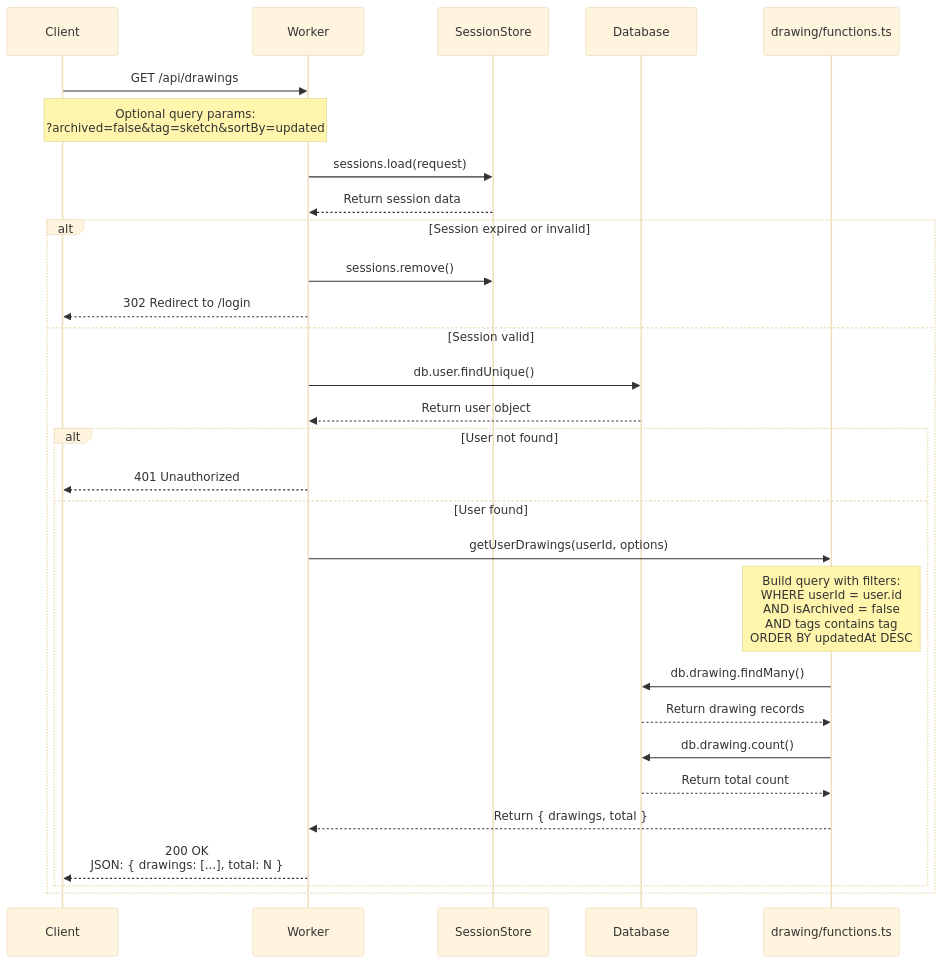
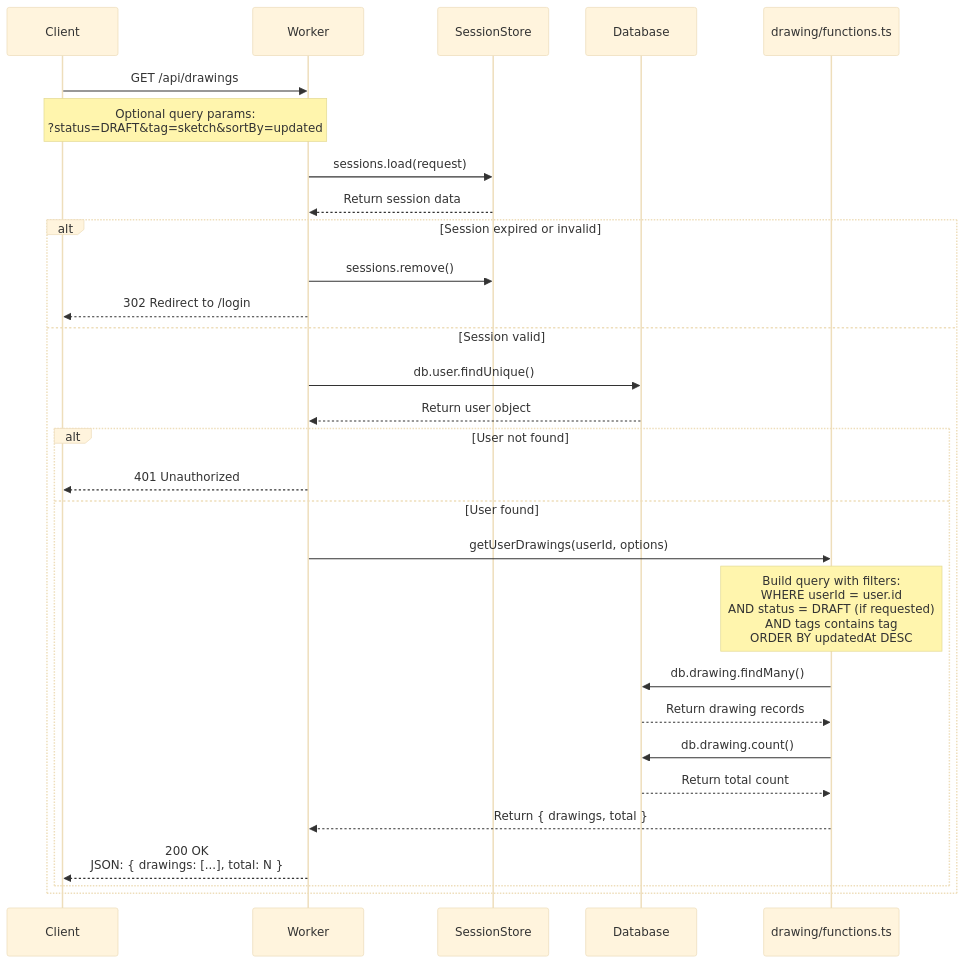
The fourth of 6 diagrams in DRAWING_API_DOCUMENTATION.md (pddhkt/excalidraw-redwood-app), drawn with Mermaid (base theme) before and after one commit. The commit also changed other lines of this file, not shown here.

First line of the commit message:
Refactor to draft-first workflow with status-based lifecycle

````diff
--- a/DRAWING_API_DOCUMENTATION.md
+++ b/DRAWING_API_DOCUMENTATION.md
@@ -309,37 +534,37 @@
 ```mermaid
 sequenceDiagram
     participant Client
     participant Worker
     participant SessionStore
     participant Database
     participant Functions as drawing/functions.ts
 
     Client->>Worker: GET /api/drawings
-    Note over Client,Worker: Optional query params:<br/>?archived=false&tag=sketch&sortBy=updated
+    Note over Client,Worker: Optional query params:<br/>?status=DRAFT&tag=sketch&sortBy=updated
 
     Worker->>SessionStore: sessions.load(request)
     SessionStore-->>Worker: Return session data
 
     alt Session expired or invalid
         Worker->>SessionStore: sessions.remove()
         Worker-->>Client: 302 Redirect to /login
     else Session valid
         Worker->>Database: db.user.findUnique()
         Database-->>Worker: Return user object
 
         alt User not found
             Worker-->>Client: 401 Unauthorized
         else User found
             Worker->>Functions: getUserDrawings(userId, options)
-            Note over Functions: Build query with filters:<br/>WHERE userId = user.id<br/>AND isArchived = false<br/>AND tags contains tag<br/>ORDER BY updatedAt DESC
+            Note over Functions: Build query with filters:<br/>WHERE userId = user.id<br/>AND status = DRAFT (if requested)<br/>AND tags contains tag<br/>ORDER BY updatedAt DESC
 
             Functions->>Database: db.drawing.findMany()
             Database-->>Functions: Return drawing records
             Functions->>Database: db.drawing.count()
             Database-->>Functions: Return total count
             Functions-->>Worker: Return { drawings, total }
 
             Worker-->>Client: 200 OK<br/>JSON: { drawings: [...], total: N }
         end
     end
 ```
````
